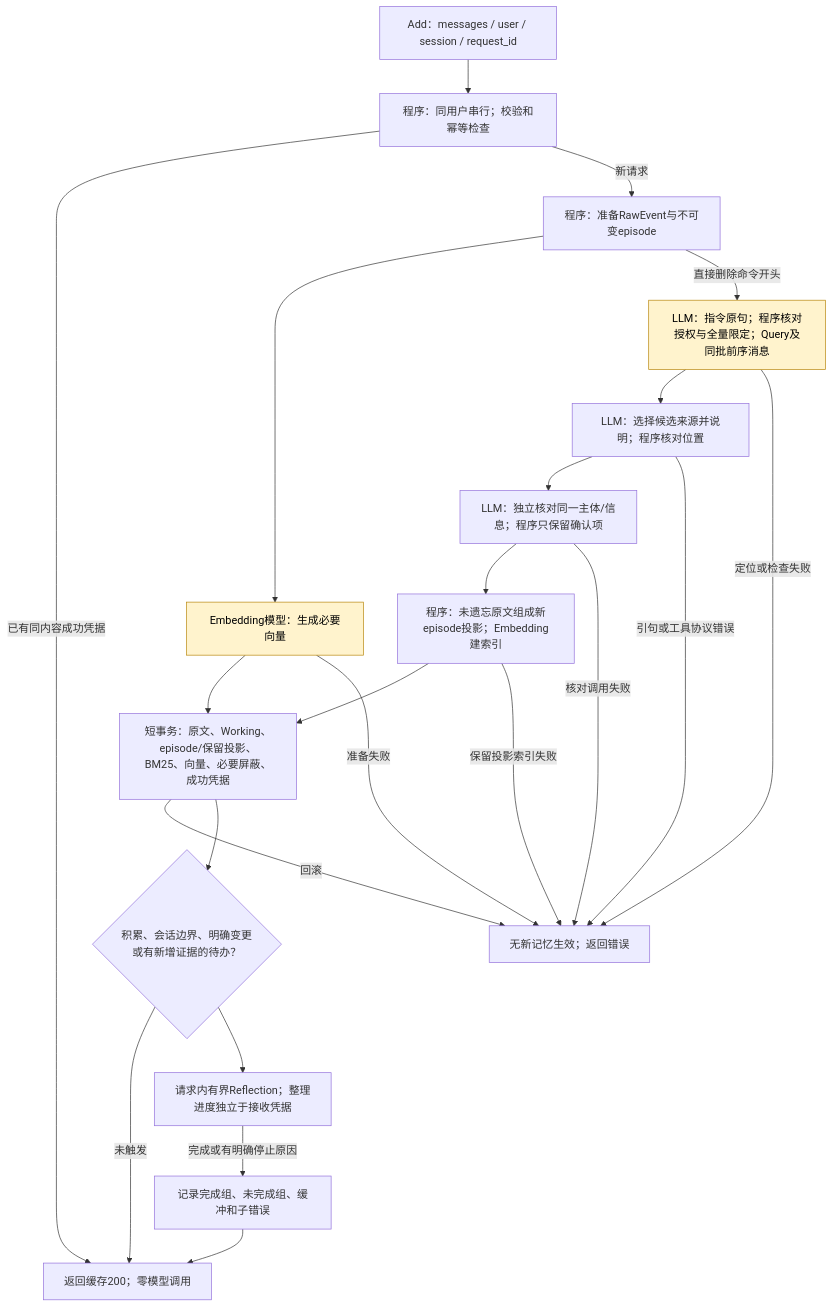
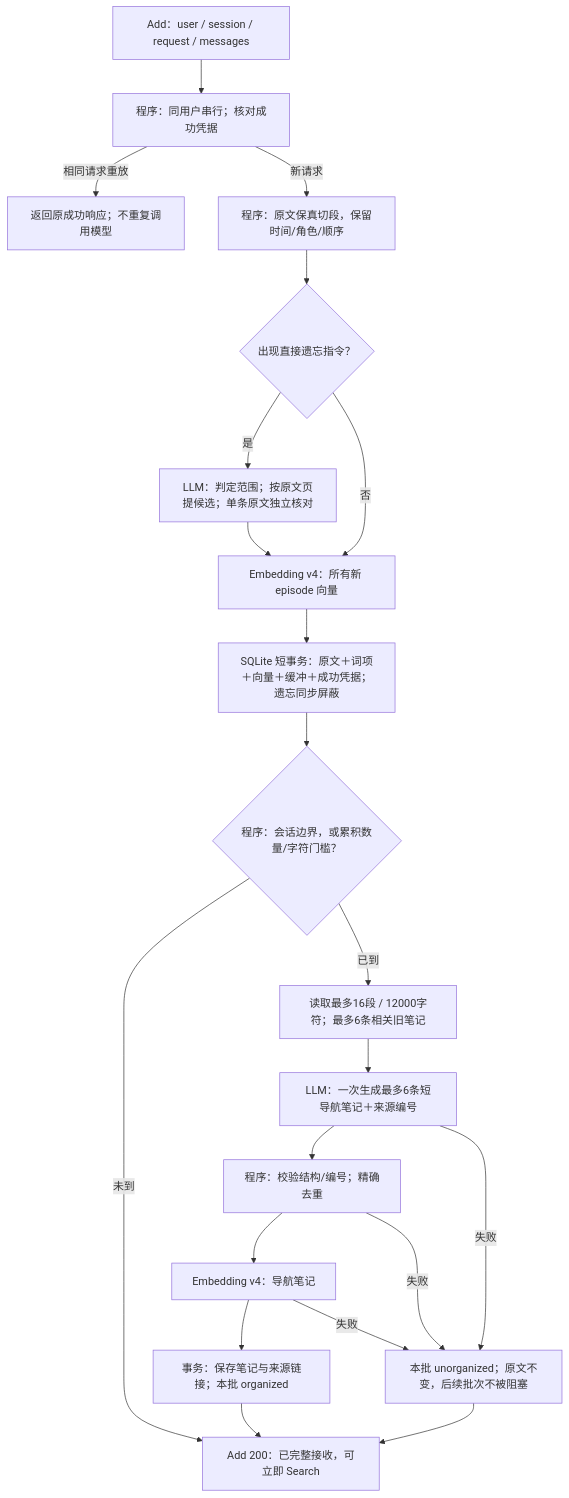
Before and after one commit to Graygoo7529/AM-Link: the first of 2 diagrams in DESIGN.md, drawn with Mermaid. The commit also changed other lines of this file and 168 other files, not shown here.

````diff
--- a/DESIGN.md
+++ b/DESIGN.md
@@ -17,26 +35,23 @@
 ```mermaid
 flowchart TD
- A[Add：messages / user / session / request_id] --> B[程序：同用户串行；校验和幂等检查]
- B -->|已有同内容成功凭据| Z[返回缓存200；零模型调用]
- B -->|新请求| C[程序：准备RawEvent与不可变episode]
- C --> D[Embedding模型：生成必要向量]
- C -->|直接删除命令开头| F[LLM：指令原句；程序核对授权与全量限定；Query及同批前序消息]
- F --> FQ[LLM：选择候选来源并说明；程序核对位置]
- FQ --> FV[LLM：独立核对同一主体/信息；程序只保留确认项]
- FV --> FP[程序：未遗忘原文组成新episode投影；Embedding建索引]
- D --> T[短事务：原文、Working、episode/保留投影、BM25、向量、必要屏蔽、成功凭据]
- FP --> T
- D -->|准备失败| E[无新记忆生效；返回错误]
- F -->|定位或检查失败| E
- FQ -->|引句或工具协议错误| E
- FV -->|核对调用失败| E
- FP -->|保留投影索引失败| E
- T -->|回滚| E
- T --> G{积累、会话边界、明确变更或有新增证据的待办？}
- G -->|未触发| Z
- G --> R[请求内有界Reflection；整理进度独立于接收凭据]
- R -->|完成或有明确停止原因| O[记录完成组、未完成组、缓冲和子错误]
- O --> Z
- classDef model fill:#fff3cd,stroke:#b8860b,color:#000
- class D,F model
+  A["Add：user / session / request / messages"] --> B["程序：同用户串行；核对成功凭据"]
+  B -->|相同请求重放| R["返回原成功响应；不重复调用模型"]
+  B -->|新请求| C["程序：原文保真切段，保留时间/角色/顺序"]
+  C --> F{"出现直接遗忘指令？"}
+  F -->|是| G["LLM：判定范围；按原文页提候选；单条原文独立核对"]
+  F -->|否| E["Embedding v4：所有新 episode 向量"]
+  G --> E
+  E --> T["SQLite 短事务：原文＋词项＋向量＋缓冲＋成功凭据；遗忘同步屏蔽"]
+  T --> Q{"程序：会话边界，或累积数量/字符门槛？"}
+  Q -->|未到| Z["Add 200：已完整接收，可立即 Search"]
+  Q -->|已到| N["读取最多16段 / 12000字符；最多6条相关旧笔记"]
+  N --> L["LLM：一次生成最多6条短导航笔记＋来源编号"]
+  L --> V["程序：校验结构/编号；精确去重"]
+  V --> I["Embedding v4：导航笔记"]
+  I --> S["事务：保存笔记与来源链接；本批 organized"]
+  S --> Z
+  L -->|失败| X["本批 unorganized；原文不变，后续批次不被阻塞"]
+  V -->|失败| X
+  I -->|失败| X
+  X --> Z
 ```
````
